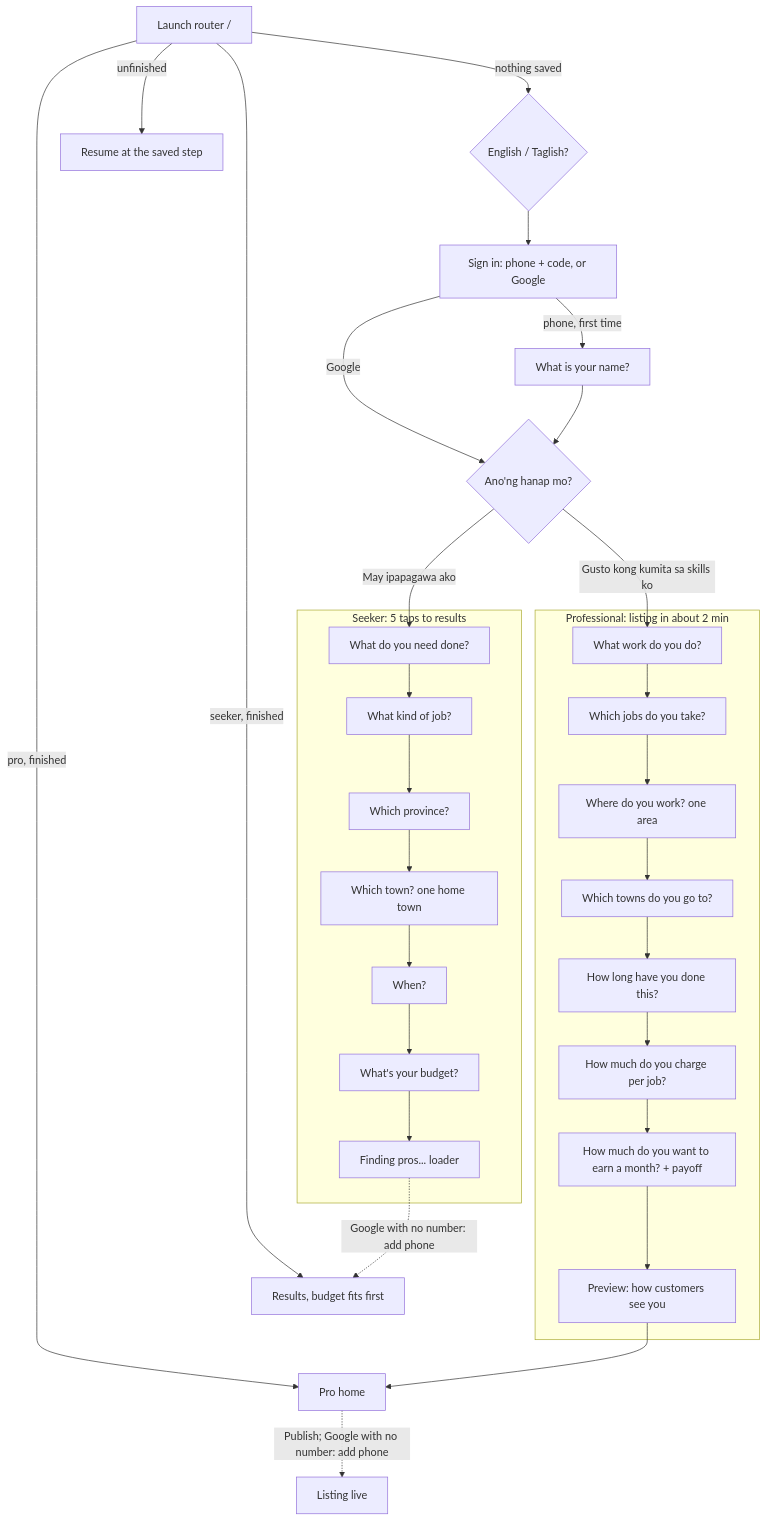
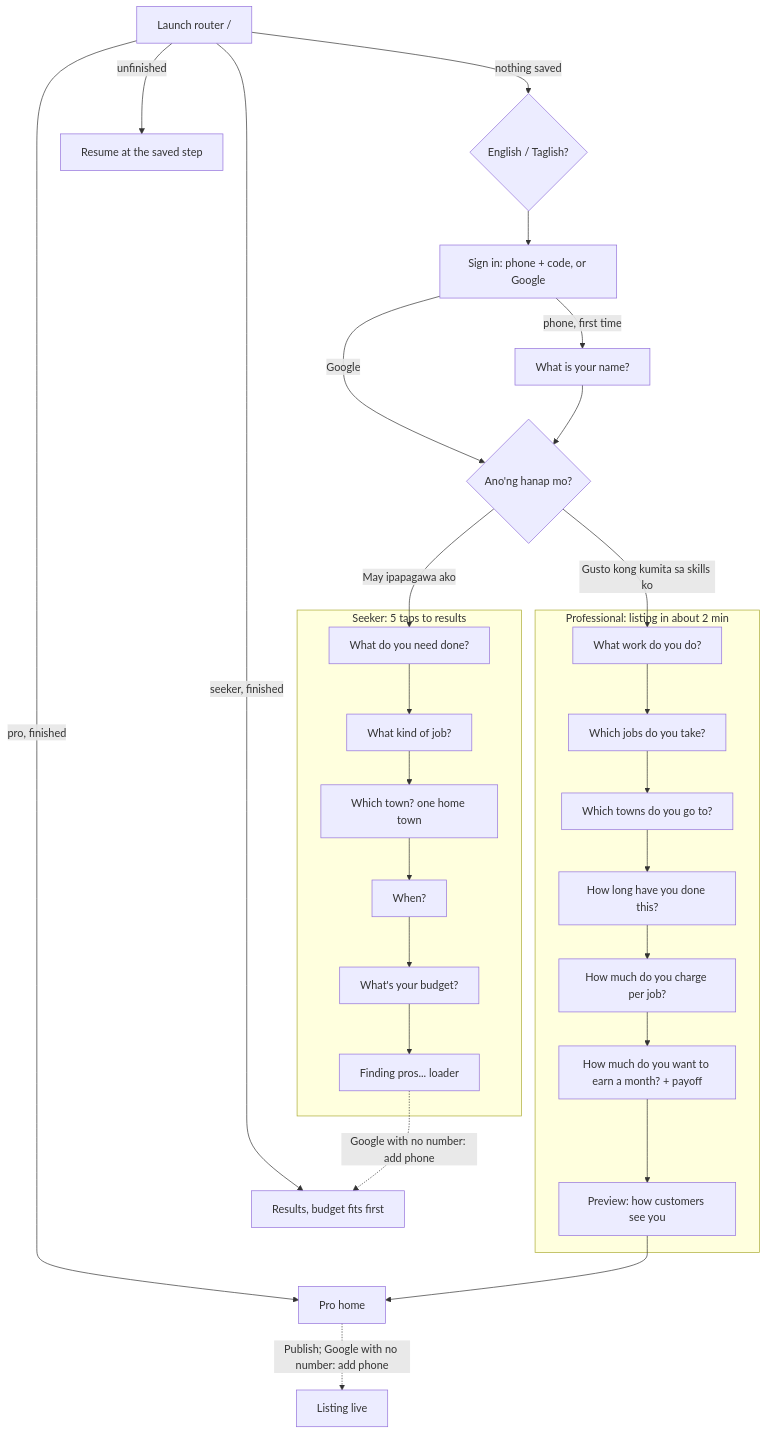
The diagram in docs/onboarding.md (gscph/SideGigPhilippines), drawn with Mermaid before and after one commit. The commit also changed other lines of this file and 54 other files, not shown here.

````diff
--- a/docs/onboarding.md
+++ b/docs/onboarding.md
@@ -21,37 +21,35 @@
 ```mermaid
 flowchart TD
     L[Launch router /] -->|nothing saved| LANG{"English / Taglish?"}
     L -->|unfinished| RES[Resume at the saved step]
     L -->|seeker, finished| R
     L -->|pro, finished| PH
 
     LANG --> AUTH[Sign in: phone + code, or Google]
     AUTH -->|phone, first time| NAME[What is your name?]
     AUTH -->|Google| F
     NAME --> F{"Ano'ng hanap mo?"}
     F -->|May ipapagawa ako| S1
     F -->|Gusto kong kumita sa skills ko| P1
 
     subgraph Seeker["Seeker: 5 taps to results"]
       S1[What do you need done?] --> S2[What kind of job?]
-      S2 --> S3a[Which province?]
-      S3a --> S3[Which town? one home town]
+      S2 --> S3[Which town? one home town]
       S3 --> S4[When?]
       S4 --> S5[What's your budget?]
       S5 --> LI[Finding pros... loader]
     end
 
     subgraph Pro["Professional: listing in about 2 min"]
       P1[What work do you do?] --> P2[Which jobs do you take?]
-      P2 --> P3a[Where do you work? one area]
-      P3a --> P3[Which towns do you go to?]
+      P2 --> P3[Which towns do you go to?]
       P3 --> P4[How long have you done this?]
       P4 --> P5[How much do you charge per job?]
       P5 --> P6[How much do you want to earn a month? + payoff]
       P6 --> PV[Preview: how customers see you]
     end
 
     LI -.->|Google with no number: add phone| R[Results, budget fits first]
     PV --> PH[Pro home]
     PH -.->|Publish; Google with no number: add phone| LIVE[Listing live]
 ```
````
